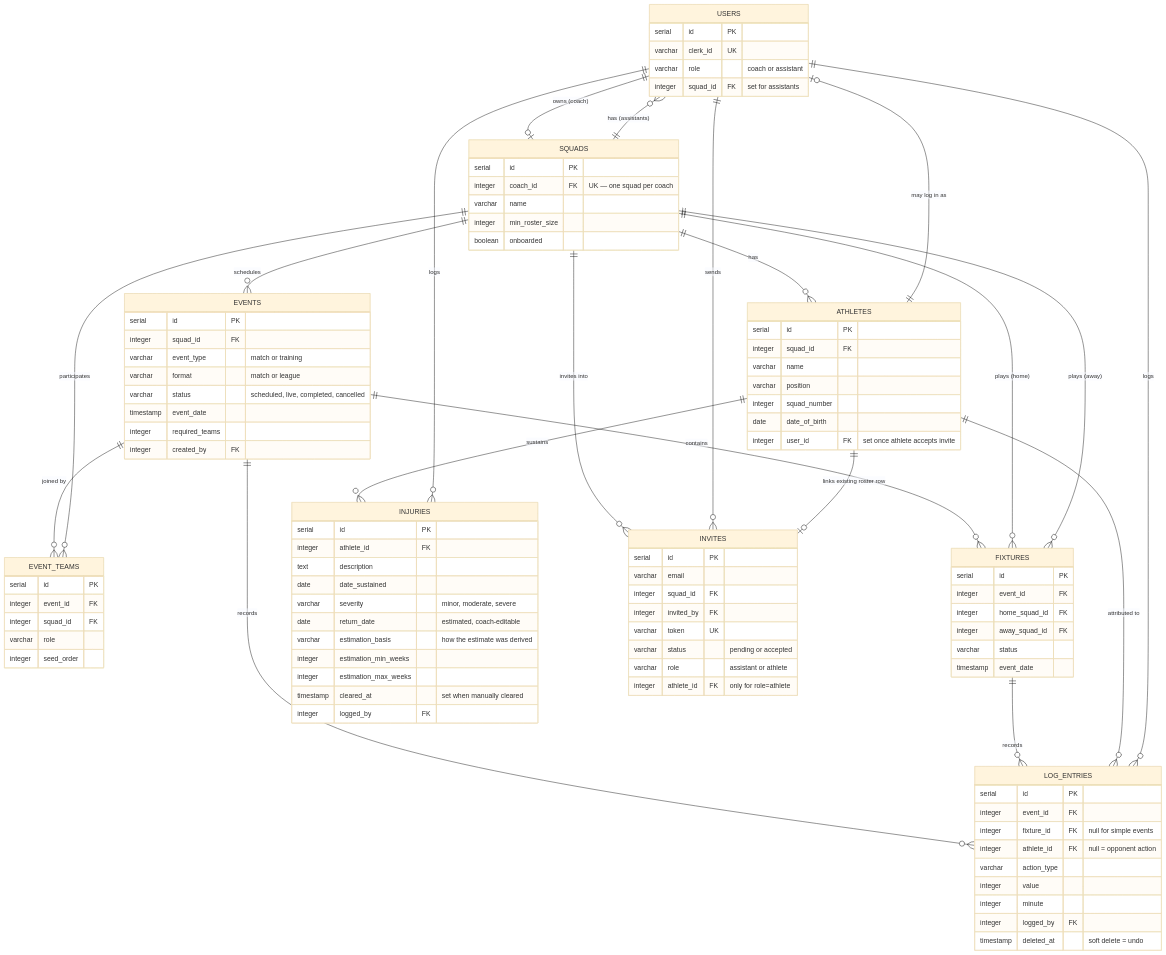
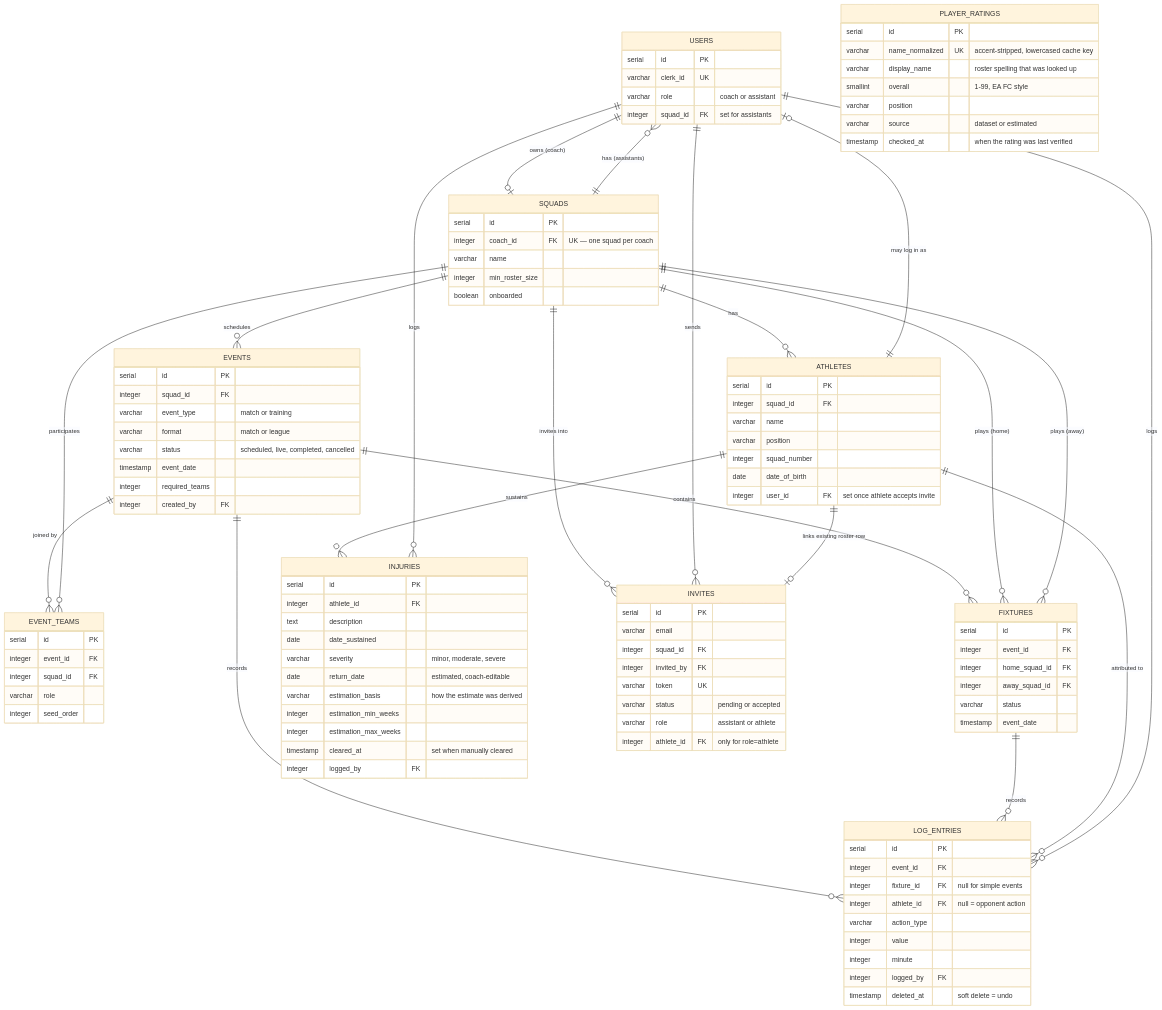
One commit to Kgethego-M/kickstat-docs changed the diagram in docs-site/docs/architecture/data-model.md. Above: the diagram before and after it, drawn with Mermaid (base theme). The commit also changed other lines of this file and 8 other files, not shown here.

First line of the commit message:
docs: document the EA FC player ratings integration and match simulation

````diff
--- a/docs-site/docs/architecture/data-model.md
+++ b/docs-site/docs/architecture/data-model.md
@@ -116,4 +116,13 @@
     varchar role "assistant or athlete"
     integer athlete_id FK "only for role=athlete"
   }
+  PLAYER_RATINGS {
+    serial id PK
+    varchar name_normalized UK "accent-stripped, lowercased cache key"
+    varchar display_name "roster spelling that was looked up"
+    smallint overall "1-99, EA FC style"
+    varchar position
+    varchar source "dataset or estimated"
+    timestamp checked_at "when the rating was last verified"
+  }
 ```
````
